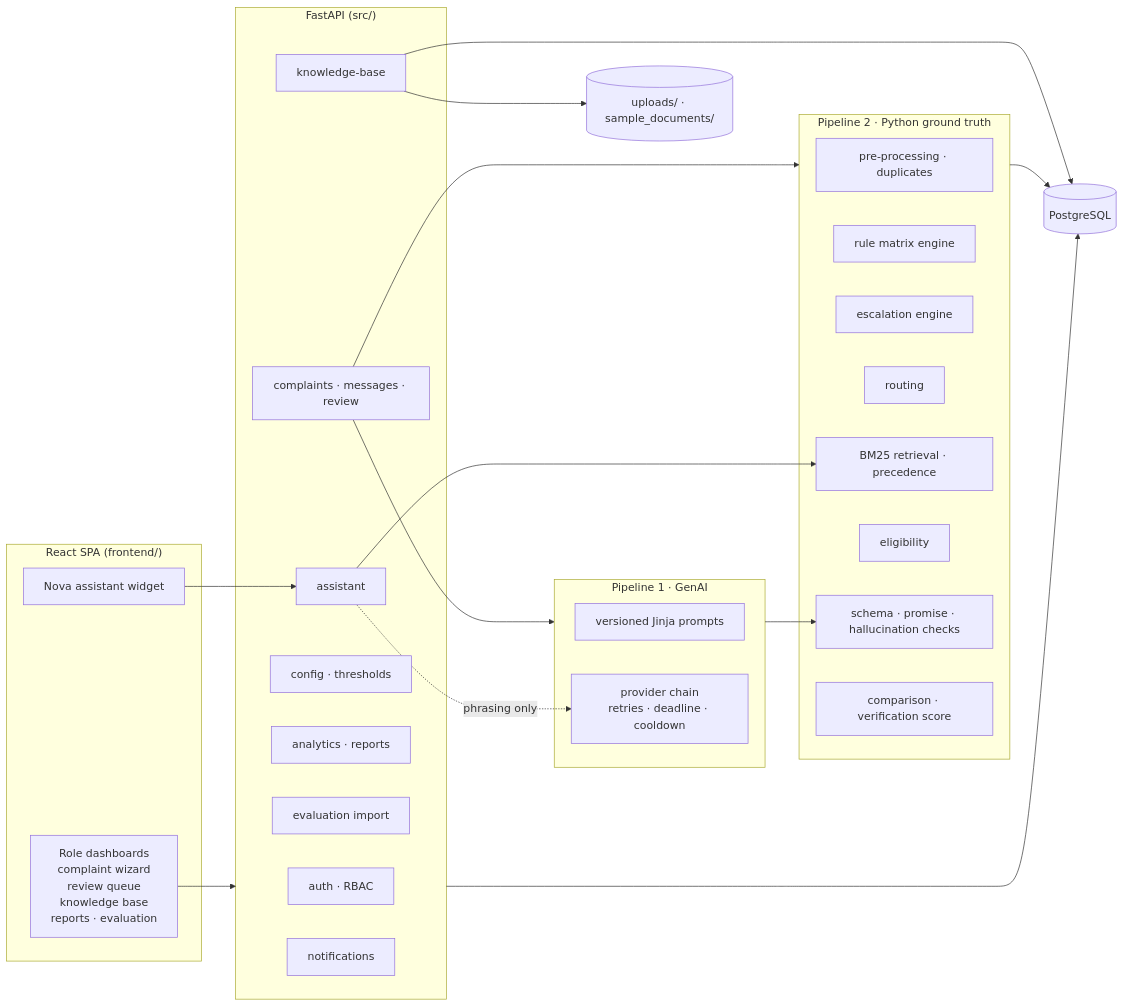
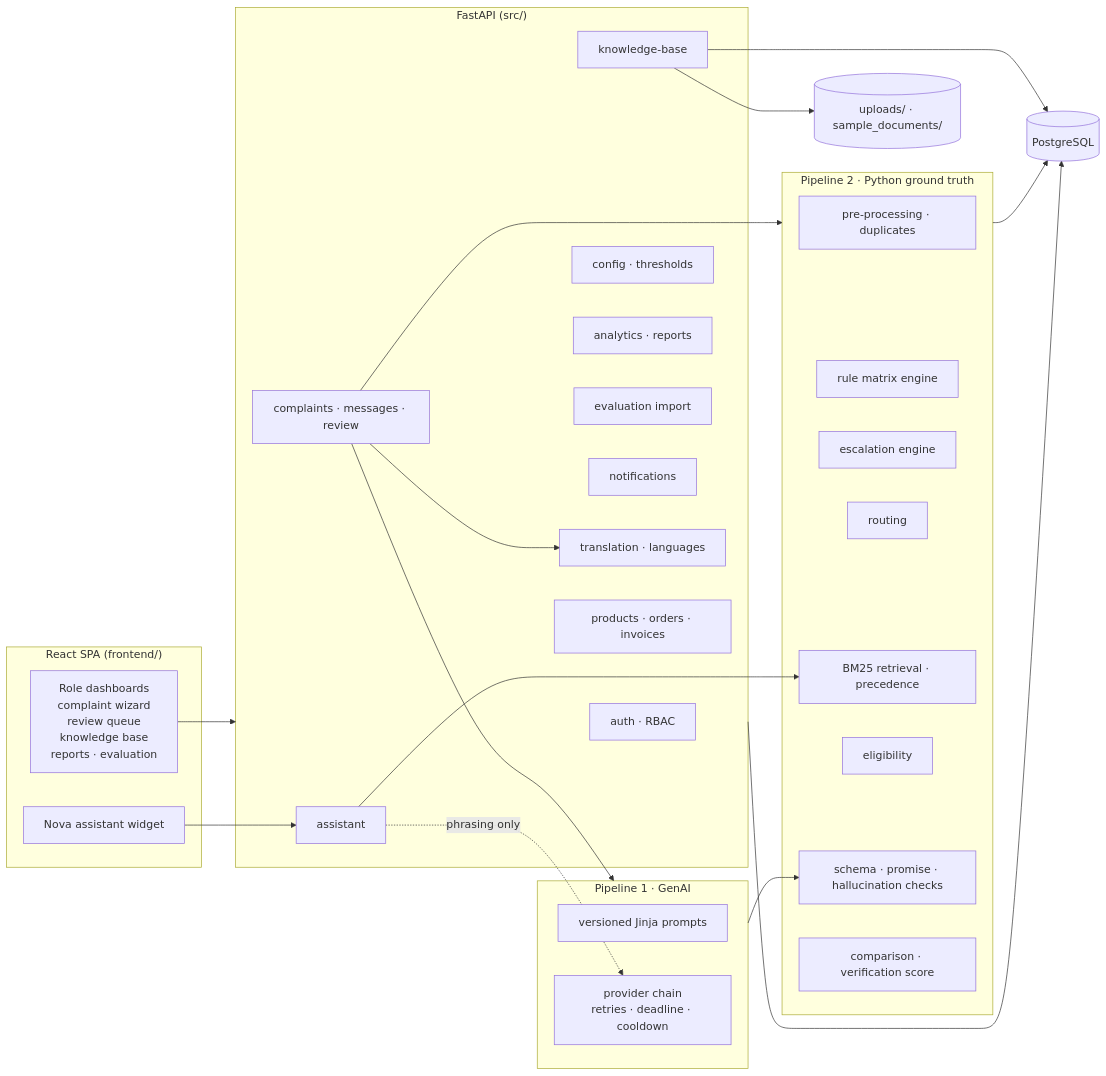
Before and after one commit to codewithansha/Techwiz7-Generative_AI: the first of 10 diagrams in documentation/architecture.md, drawn with Mermaid. The commit also changed other lines of this file and 3910 other files, not shown here.

````diff
--- a/documentation/architecture.md
+++ b/documentation/architecture.md
@@ -12,44 +12,47 @@
 ```mermaid
 flowchart LR
   subgraph Browser["React SPA (frontend/)"]
     UI[Role dashboards<br/>complaint wizard<br/>review queue<br/>knowledge base<br/>reports · evaluation]
     Nova[Nova assistant widget]
   end
   subgraph API["FastAPI (src/)"]
     Auth[auth · RBAC]
     Complaints[complaints · messages · review]
     KB[knowledge-base]
     Config[config · thresholds]
     Analytics[analytics · reports]
     Eval[evaluation import]
     Chat[assistant]
     Notify[notifications]
+    Trans[translation · languages]
+    Catalog[products · orders · invoices]
   end
   subgraph P1["Pipeline 1 · GenAI"]
     Prompts[versioned Jinja prompts]
     Client[provider chain<br/>retries · deadline · cooldown]
   end
   subgraph P2["Pipeline 2 · Python ground truth"]
     Pre[pre-processing · duplicates]
     Rules[rule matrix engine]
     Esc[escalation engine]
     Route[routing]
     Ret[BM25 retrieval · precedence]
     Elig[eligibility]
     Guard[schema · promise · hallucination checks]
     Cmp[comparison · verification score]
   end
   DB[(PostgreSQL)]
   Files[(uploads/ · sample_documents/)]
   UI --> API
   Nova --> Chat
+  Complaints --> Trans
   Complaints --> P2
   Complaints --> P1
   Chat --> Ret
   Chat -.phrasing only.-> Client
   P1 --> Guard
   P2 --> DB
   KB --> Files
   KB --> DB
   API --> DB
 ```
````
